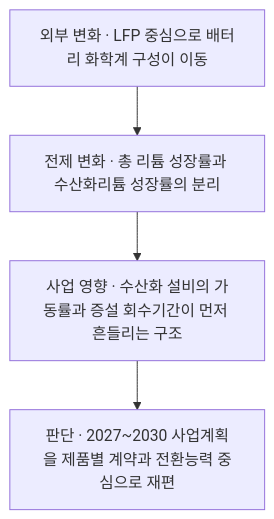
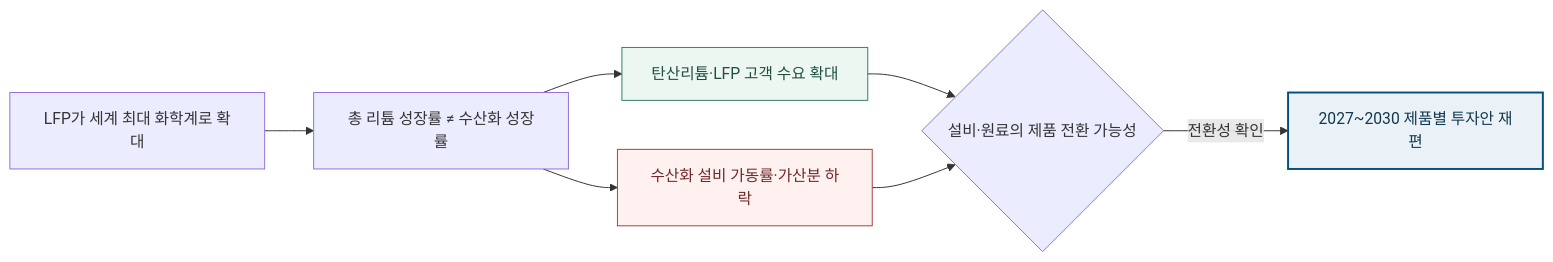
The diagram in market-sensing-wiki/strategic-warnings/WRN-LITHIUM-HYDROXIDE-MIX.md (arik08/Steel_Tech_AI_Wiki), drawn with Mermaid before and after one commit. The commit also changed other lines of this file and 16 other files, not shown here.

````diff
--- a/market-sensing-wiki/strategic-warnings/WRN-LITHIUM-HYDROXIDE-MIX.md
+++ b/market-sensing-wiki/strategic-warnings/WRN-LITHIUM-HYDROXIDE-MIX.md
@@ -51,8 +51,22 @@
 ```mermaid
-flowchart TB
-    A["외부 변화 · LFP 중심으로 배터리 화학계 구성이 이동"]
-    B["전제 변화 · 총 리튬 성장률과 수산화리튬 성장률의 분리"]
-    C["사업 영향 · 수산화 설비의 가동률과 증설 회수기간이 먼저 흔들리는 구조"]
-    D["판단 · 2027~2030 사업계획을 제품별 계약과 전환능력 중심으로 재편"]
-    A --> B --> C --> D
+flowchart LR
+    A["LFP가 세계 최대 화학계로 확대"]
+    B["총 리튬 성장률 ≠ 수산화 성장률"]
+    C["탄산리튬·LFP 고객 수요 확대"]
+    D["수산화 설비 가동률·가산분 하락"]
+    E{"설비·원료의 제품 전환 가능성"}
+    F["2027~2030 제품별 투자안 재편"]
+    A --> B
+    B --> C
+    B --> D
+    C --> E
+    D --> E
+    E -->|전환성 확인| F
+    classDef opportunity fill:#edf7f1,stroke:#2f7d68,color:#1f4f42
+    classDef risk fill:#fff1f0,stroke:#a63f3f,color:#6f2929
+    classDef decision fill:#eaf2f8,stroke:#05507d,color:#12384d,stroke-width:2px
+    classDef action fill:#f4f6f8,stroke:#68727d,color:#303841
+    class C opportunity
+    class D risk
+    class F decision
 ```
````
